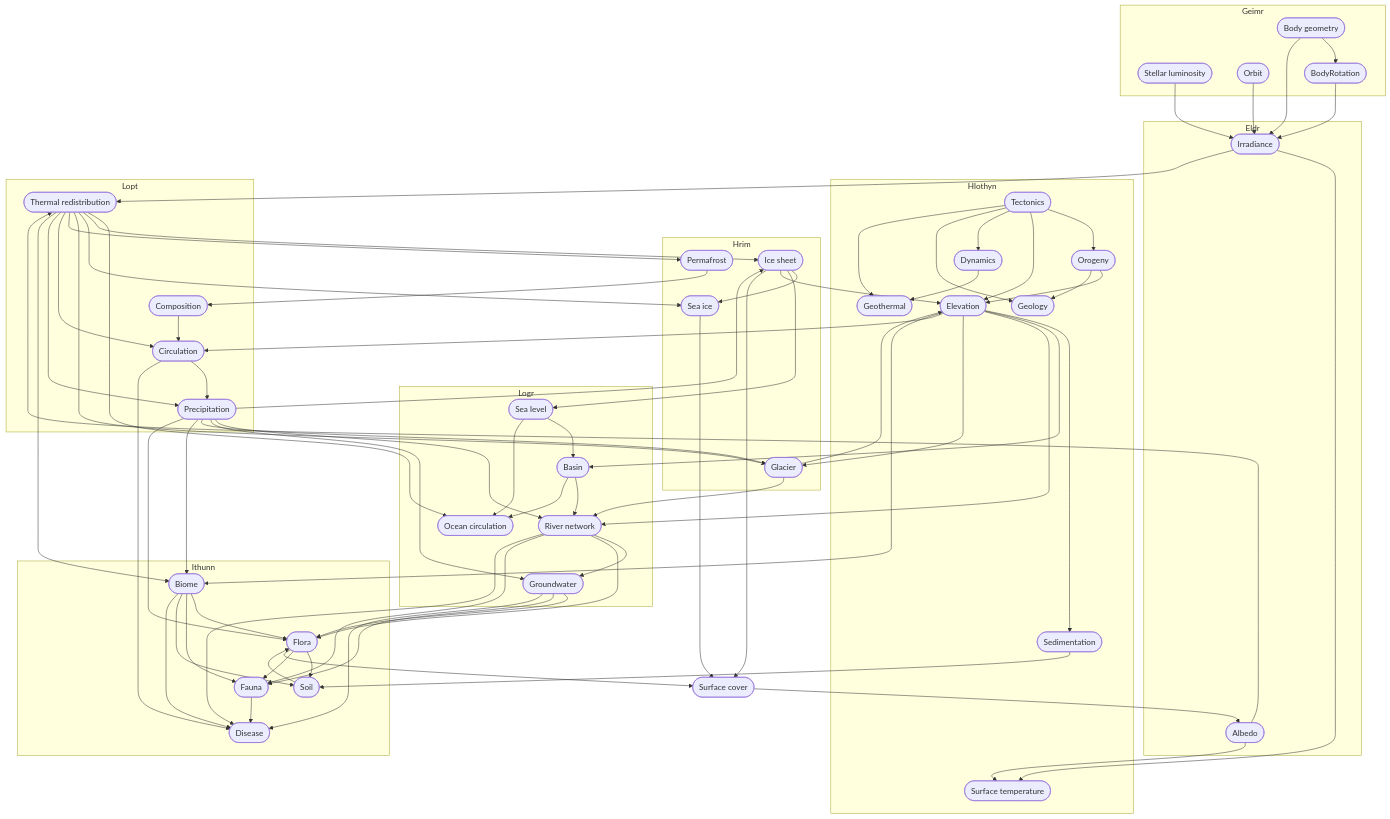
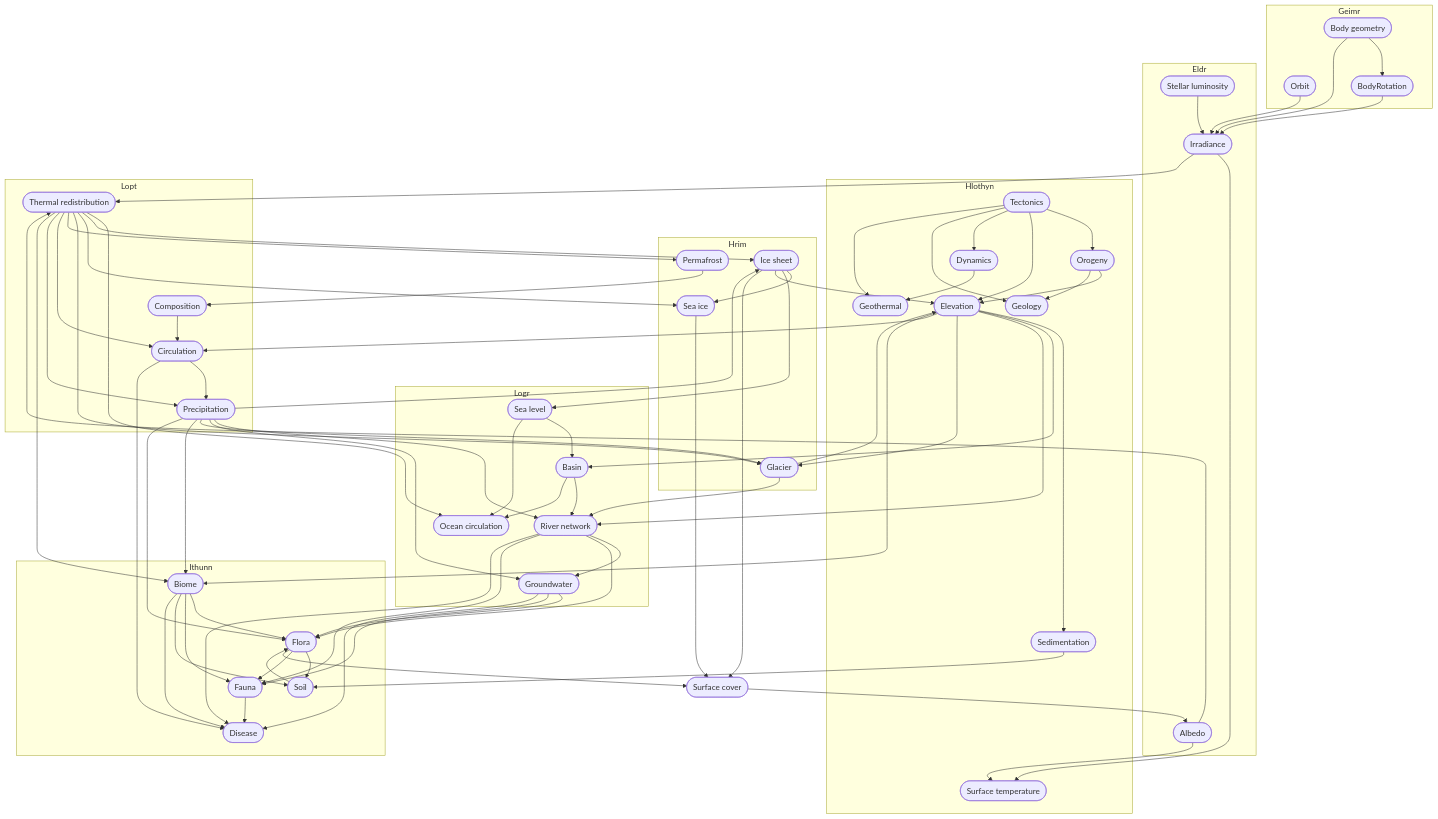
The diagram in docs/concerns.adoc (lagardej/mimameithr), drawn with Mermaid before and after one commit. The commit also changed other lines of this file and 188 other files, not shown here.

```diff
--- a/docs/concerns.adoc
+++ b/docs/concerns.adoc
@@ -577,13 +179,13 @@
 ....
 flowchart TB
     subgraph Geimr
-        StellarLuminosity([Stellar luminosity])
         BodyGeometry([Body geometry])
         Orbit([Orbit])
         BodyRotation([BodyRotation])
     end
 
     subgraph Eldr
+        StellarLuminosity([Stellar luminosity])
         Irradiance([Irradiance])
         Albedo([Albedo])
     end
```
